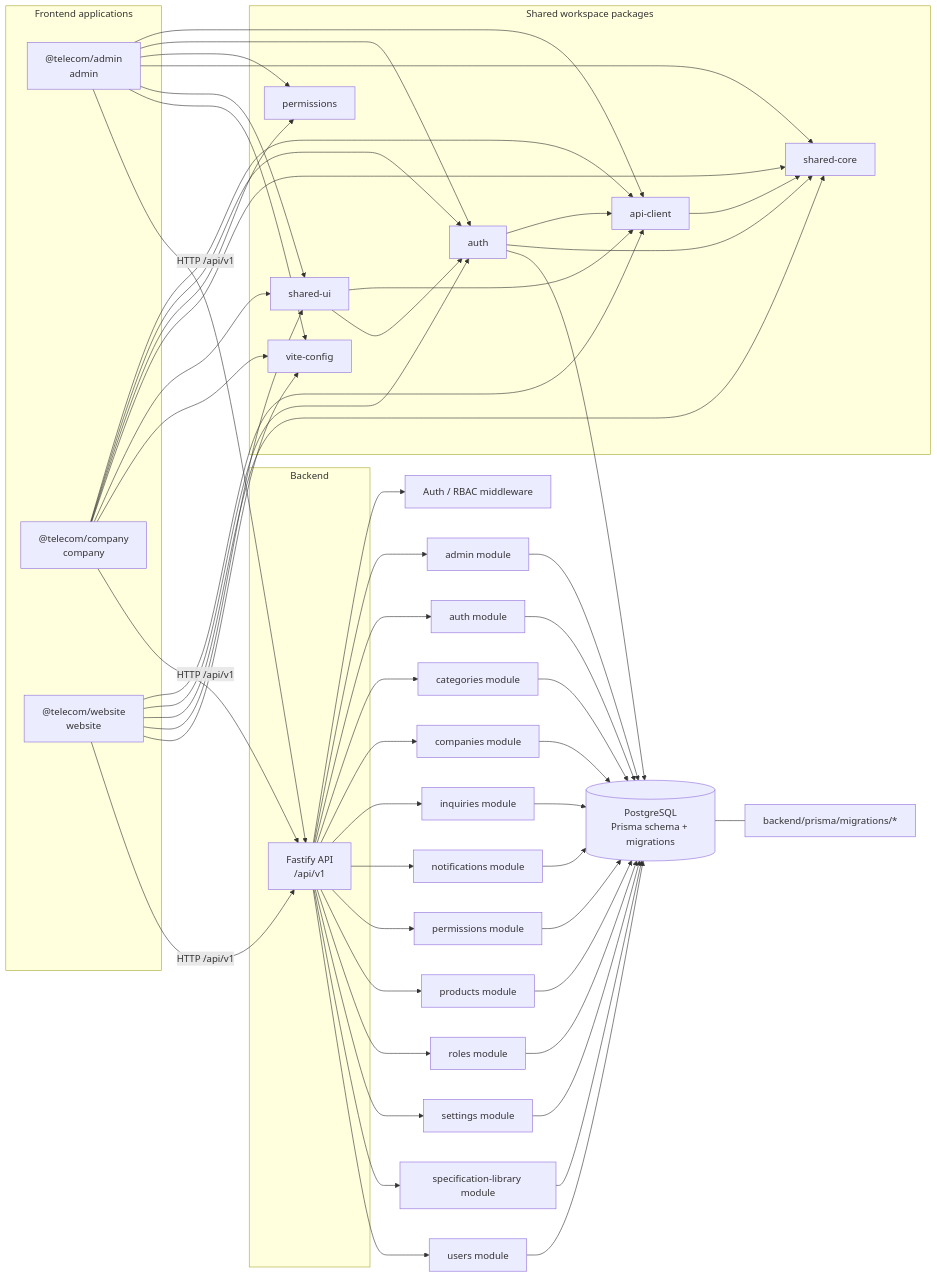
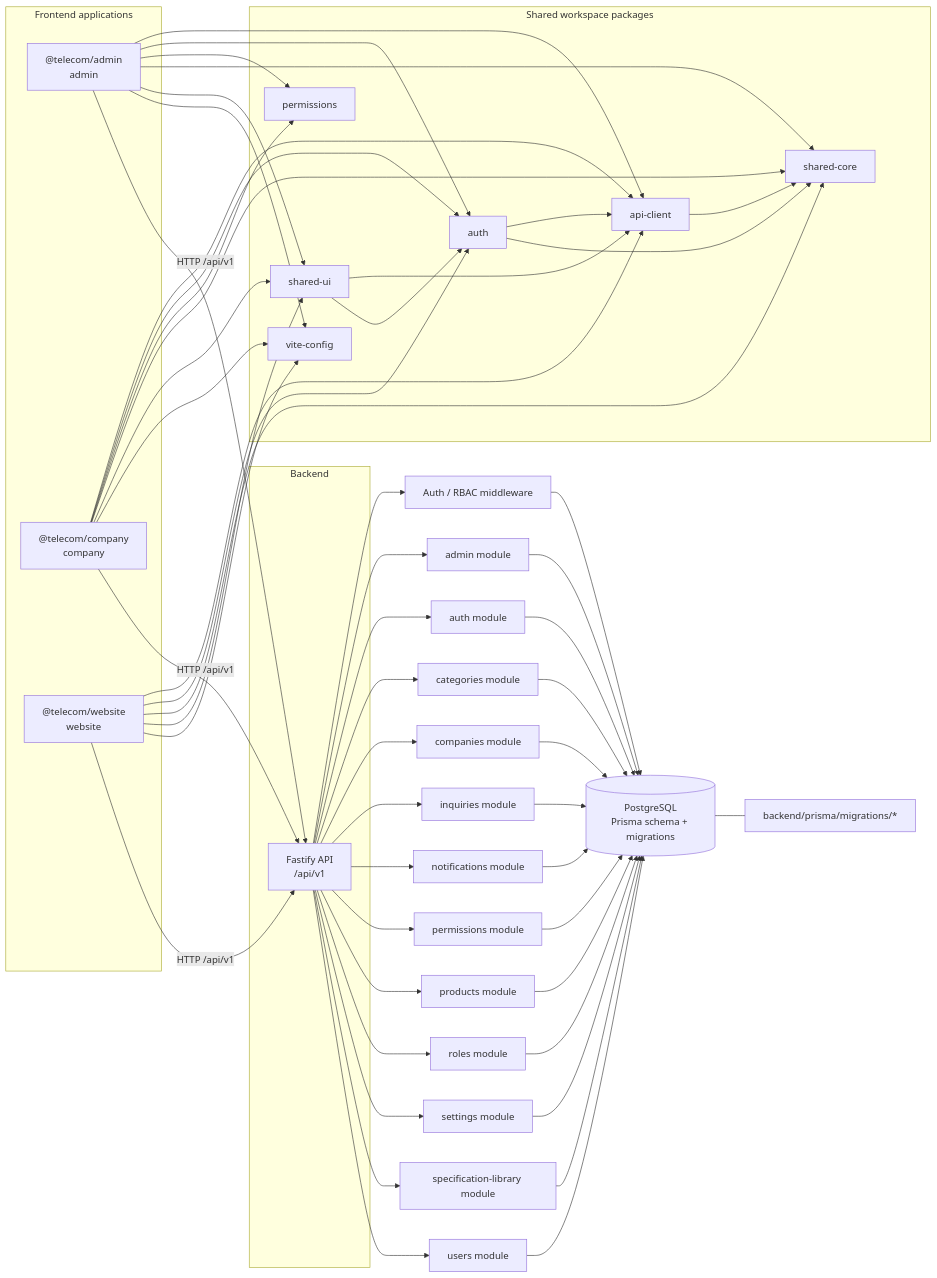
Before and after one commit to gameacc2025/martest: the diagram in docs/architecture/DEPENDENCY_GRAPH.generated.mmd, drawn with Mermaid.

Commit message:
fix: make architecture graph generator deterministic

```diff
--- a/docs/architecture/DEPENDENCY_GRAPH.generated.mmd
+++ b/docs/architecture/DEPENDENCY_GRAPH.generated.mmd
@@ -1,72 +1,72 @@
 %% GENERATED FILE. Do not edit by hand.
 %% Run: node scripts/generate-architecture-graph.mjs --write
 flowchart LR
   subgraph apps["Frontend applications"]
     admin["@telecom/admin<br/>admin"]
     company["@telecom/company<br/>company"]
     website["@telecom/website<br/>website"]
   end
   subgraph shared["Shared workspace packages"]
     api_client["api-client"]
     auth["auth"]
     permissions["permissions"]
     shared_core["shared-core"]
     shared_ui["shared-ui"]
     vite_config["vite-config"]
   end
   subgraph backend["Backend"]
     api["Fastify API<br/>/api/v1"]
   end
   db[("PostgreSQL<br/>Prisma schema + migrations")]
   admin --> api_client
   admin --> auth
   admin --> permissions
   admin --> shared_core
   admin --> shared_ui
   admin --> vite_config
   company --> api_client
   company --> auth
   company --> permissions
   company --> shared_core
   company --> shared_ui
   company --> vite_config
   website --> api_client
   website --> auth
   website --> shared_core
   website --> shared_ui
   website --> vite_config
   api_client --> shared_core
   auth --> api_client
   auth --> shared_core
   shared_ui --> api_client
   shared_ui --> auth
   website -->|HTTP /api/v1| api
   company -->|HTTP /api/v1| api
   admin -->|HTTP /api/v1| api
   api --> rbac["Auth / RBAC middleware"]
   api --> mod_admin["admin module"]
   api --> mod_auth["auth module"]
   api --> mod_categories["categories module"]
   api --> mod_companies["companies module"]
   api --> mod_inquiries["inquiries module"]
   api --> mod_notifications["notifications module"]
   api --> mod_permissions["permissions module"]
   api --> mod_products["products module"]
   api --> mod_roles["roles module"]
   api --> mod_settings["settings module"]
   api --> mod_specification_library["specification-library module"]
   api --> mod_users["users module"]
-  auth --> db
+  rbac --> db
   mod_admin --> db
   mod_auth --> db
   mod_categories --> db
   mod_companies --> db
   mod_inquiries --> db
   mod_notifications --> db
   mod_permissions --> db
   mod_products --> db
   mod_roles --> db
   mod_settings --> db
   mod_specification_library --> db
   mod_users --> db
   db --- migrations["backend/prisma/migrations/*"]
```
